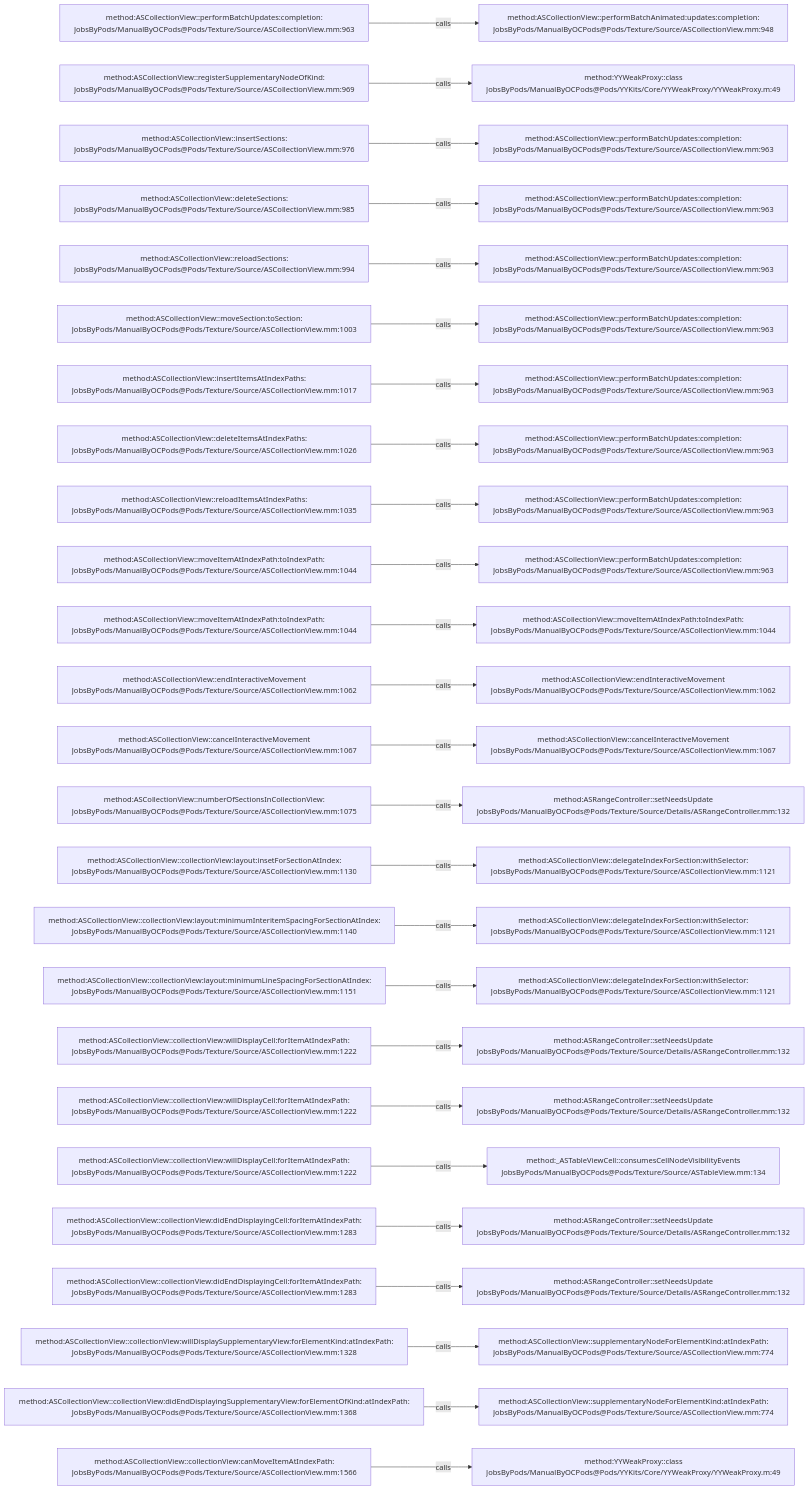
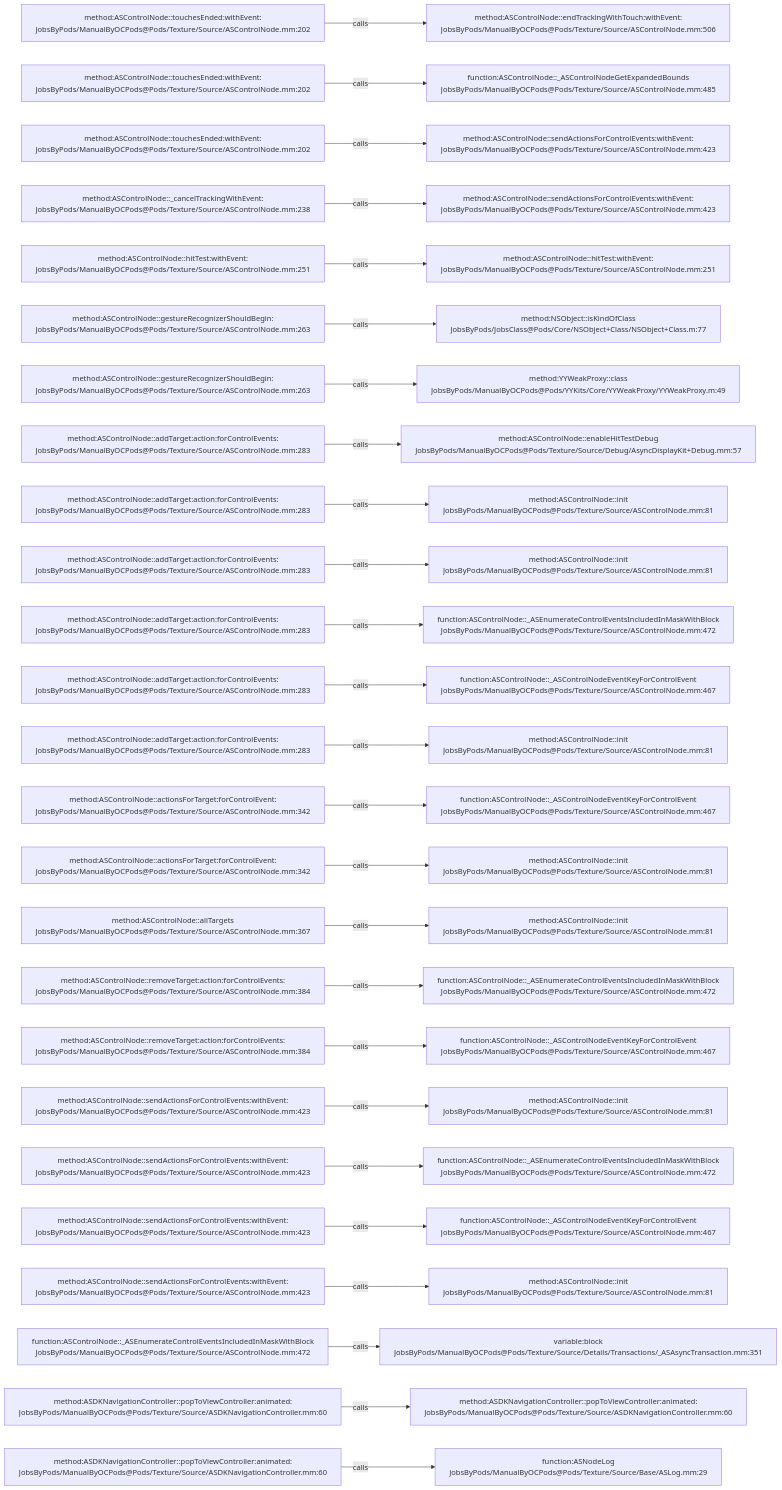
The diagram in .codegraph/codegraph.md/graphs/calls-079.md (JobsKits/JobsOCBaseConfigDemo), drawn with Mermaid before and after one commit. The commit also changed 1448 other files, not shown here.

````diff
--- a/.codegraph/codegraph.md/graphs/calls-079.md
+++ b/.codegraph/codegraph.md/graphs/calls-079.md
@@ -13,78 +13,78 @@
 ```mermaid
 flowchart LR
-  S1["method:ASCollectionView::performBatchUpdates:completion:<br/>JobsByPods/ManualByOCPods@Pods/Texture/Source/ASCollectionView.mm:963"]
-  T1["method:ASCollectionView::performBatchAnimated:updates:completion:<br/>JobsByPods/ManualByOCPods@Pods/Texture/Source/ASCollectionView.mm:948"]
+  S1["method:ASControlNode::touchesEnded:withEvent:<br/>JobsByPods/ManualByOCPods@Pods/Texture/Source/ASControlNode.mm:202"]
+  T1["method:ASControlNode::endTrackingWithTouch:withEvent:<br/>JobsByPods/ManualByOCPods@Pods/Texture/Source/ASControlNode.mm:506"]
   S1 -->|calls| T1
-  S2["method:ASCollectionView::registerSupplementaryNodeOfKind:<br/>JobsByPods/ManualByOCPods@Pods/Texture/Source/ASCollectionView.mm:969"]
-  T2["method:YYWeakProxy::class<br/>JobsByPods/ManualByOCPods@Pods/YYKits/Core/YYWeakProxy/YYWeakProxy.m:49"]
+  S2["method:ASControlNode::touchesEnded:withEvent:<br/>JobsByPods/ManualByOCPods@Pods/Texture/Source/ASControlNode.mm:202"]
+  T2["function:ASControlNode::_ASControlNodeGetExpandedBounds<br/>JobsByPods/ManualByOCPods@Pods/Texture/Source/ASControlNode.mm:485"]
   S2 -->|calls| T2
-  S3["method:ASCollectionView::insertSections:<br/>JobsByPods/ManualByOCPods@Pods/Texture/Source/ASCollectionView.mm:976"]
-  T3["method:ASCollectionView::performBatchUpdates:completion:<br/>JobsByPods/ManualByOCPods@Pods/Texture/Source/ASCollectionView.mm:963"]
+  S3["method:ASControlNode::touchesEnded:withEvent:<br/>JobsByPods/ManualByOCPods@Pods/Texture/Source/ASControlNode.mm:202"]
+  T3["method:ASControlNode::sendActionsForControlEvents:withEvent:<br/>JobsByPods/ManualByOCPods@Pods/Texture/Source/ASControlNode.mm:423"]
   S3 -->|calls| T3
-  S4["method:ASCollectionView::deleteSections:<br/>JobsByPods/ManualByOCPods@Pods/Texture/Source/ASCollectionView.mm:985"]
-  T4["method:ASCollectionView::performBatchUpdates:completion:<br/>JobsByPods/ManualByOCPods@Pods/Texture/Source/ASCollectionView.mm:963"]
+  S4["method:ASControlNode::_cancelTrackingWithEvent:<br/>JobsByPods/ManualByOCPods@Pods/Texture/Source/ASControlNode.mm:238"]
+  T4["method:ASControlNode::sendActionsForControlEvents:withEvent:<br/>JobsByPods/ManualByOCPods@Pods/Texture/Source/ASControlNode.mm:423"]
   S4 -->|calls| T4
-  S5["method:ASCollectionView::reloadSections:<br/>JobsByPods/ManualByOCPods@Pods/Texture/Source/ASCollectionView.mm:994"]
-  T5["method:ASCollectionView::performBatchUpdates:completion:<br/>JobsByPods/ManualByOCPods@Pods/Texture/Source/ASCollectionView.mm:963"]
+  S5["method:ASControlNode::hitTest:withEvent:<br/>JobsByPods/ManualByOCPods@Pods/Texture/Source/ASControlNode.mm:251"]
+  T5["method:ASControlNode::hitTest:withEvent:<br/>JobsByPods/ManualByOCPods@Pods/Texture/Source/ASControlNode.mm:251"]
   S5 -->|calls| T5
-  S6["method:ASCollectionView::moveSection:toSection:<br/>JobsByPods/ManualByOCPods@Pods/Texture/Source/ASCollectionView.mm:1003"]
-  T6["method:ASCollectionView::performBatchUpdates:completion:<br/>JobsByPods/ManualByOCPods@Pods/Texture/Source/ASCollectionView.mm:963"]
+  S6["method:ASControlNode::gestureRecognizerShouldBegin:<br/>JobsByPods/ManualByOCPods@Pods/Texture/Source/ASControlNode.mm:263"]
+  T6["method:NSObject::isKindOfClass<br/>JobsByPods/JobsClass@Pods/Core/NSObject+Class/NSObject+Class.m:77"]
   S6 -->|calls| T6
-  S7["method:ASCollectionView::insertItemsAtIndexPaths:<br/>JobsByPods/ManualByOCPods@Pods/Texture/Source/ASCollectionView.mm:1017"]
-  T7["method:ASCollectionView::performBatchUpdates:completion:<br/>JobsByPods/ManualByOCPods@Pods/Texture/Source/ASCollectionView.mm:963"]
+  S7["method:ASControlNode::gestureRecognizerShouldBegin:<br/>JobsByPods/ManualByOCPods@Pods/Texture/Source/ASControlNode.mm:263"]
+  T7["method:YYWeakProxy::class<br/>JobsByPods/ManualByOCPods@Pods/YYKits/Core/YYWeakProxy/YYWeakProxy.m:49"]
   S7 -->|calls| T7
-  S8["method:ASCollectionView::deleteItemsAtIndexPaths:<br/>JobsByPods/ManualByOCPods@Pods/Texture/Source/ASCollectionView.mm:1026"]
-  T8["method:ASCollectionView::performBatchUpdates:completion:<br/>JobsByPods/ManualByOCPods@Pods/Texture/Source/ASCollectionView.mm:963"]
+  S8["method:ASControlNode::addTarget:action:forControlEvents:<br/>JobsByPods/ManualByOCPods@Pods/Texture/Source/ASControlNode.mm:283"]
+  T8["method:ASControlNode::enableHitTestDebug<br/>JobsByPods/ManualByOCPods@Pods/Texture/Source/Debug/AsyncDisplayKit+Debug.mm:57"]
   S8 -->|calls| T8
-  S9["method:ASCollectionView::reloadItemsAtIndexPaths:<br/>JobsByPods/ManualByOCPods@Pods/Texture/Source/ASCollectionView.mm:1035"]
-  T9["method:ASCollectionView::performBatchUpdates:completion:<br/>JobsByPods/ManualByOCPods@Pods/Texture/Source/ASCollectionView.mm:963"]
+  S9["method:ASControlNode::addTarget:action:forControlEvents:<br/>JobsByPods/ManualByOCPods@Pods/Texture/Source/ASControlNode.mm:283"]
+  T9["method:ASControlNode::init<br/>JobsByPods/ManualByOCPods@Pods/Texture/Source/ASControlNode.mm:81"]
   S9 -->|calls| T9
-  S10["method:ASCollectionView::moveItemAtIndexPath:toIndexPath:<br/>JobsByPods/ManualByOCPods@Pods/Texture/Source/ASCollectionView.mm:1044"]
-  T10["method:ASCollectionView::performBatchUpdates:completion:<br/>JobsByPods/ManualByOCPods@Pods/Texture/Source/ASCollectionView.mm:963"]
+  S10["method:ASControlNode::addTarget:action:forControlEvents:<br/>JobsByPods/ManualByOCPods@Pods/Texture/Source/ASControlNode.mm:283"]
+  T10["method:ASControlNode::init<br/>JobsByPods/ManualByOCPods@Pods/Texture/Source/ASControlNode.mm:81"]
   S10 -->|calls| T10
-  S11["method:ASCollectionView::moveItemAtIndexPath:toIndexPath:<br/>JobsByPods/ManualByOCPods@Pods/Texture/Source/ASCollectionView.mm:1044"]
-  T11["method:ASCollectionView::moveItemAtIndexPath:toIndexPath:<br/>JobsByPods/ManualByOCPods@Pods/Texture/Source/ASCollectionView.mm:1044"]
+  S11["method:ASControlNode::addTarget:action:forControlEvents:<br/>JobsByPods/ManualByOCPods@Pods/Texture/Source/ASControlNode.mm:283"]
+  T11["function:ASControlNode::_ASEnumerateControlEventsIncludedInMaskWithBlock<br/>JobsByPods/ManualByOCPods@Pods/Texture/Source/ASControlNode.mm:472"]
   S11 -->|calls| T11
-  S12["method:ASCollectionView::endInteractiveMovement<br/>JobsByPods/ManualByOCPods@Pods/Texture/Source/ASCollectionView.mm:1062"]
-  T12["method:ASCollectionView::endInteractiveMovement<br/>JobsByPods/ManualByOCPods@Pods/Texture/Source/ASCollectionView.mm:1062"]
+  S12["method:ASControlNode::addTarget:action:forControlEvents:<br/>JobsByPods/ManualByOCPods@Pods/Texture/Source/ASControlNode.mm:283"]
+  T12["function:ASControlNode::_ASControlNodeEventKeyForControlEvent<br/>JobsByPods/ManualByOCPods@Pods/Texture/Source/ASControlNode.mm:467"]
   S12 -->|calls| T12
-  S13["method:ASCollectionView::cancelInteractiveMovement<br/>JobsByPods/ManualByOCPods@Pods/Texture/Source/ASCollectionView.mm:1067"]
-  T13["method:ASCollectionView::cancelInteractiveMovement<br/>JobsByPods/ManualByOCPods@Pods/Texture/Source/ASCollectionView.mm:1067"]
+  S13["method:ASControlNode::addTarget:action:forControlEvents:<br/>JobsByPods/ManualByOCPods@Pods/Texture/Source/ASControlNode.mm:283"]
+  T13["method:ASControlNode::init<br/>JobsByPods/ManualByOCPods@Pods/Texture/Source/ASControlNode.mm:81"]
   S13 -->|calls| T13
-  S14["method:ASCollectionView::numberOfSectionsInCollectionView:<br/>JobsByPods/ManualByOCPods@Pods/Texture/Source/ASCollectionView.mm:1075"]
-  T14["method:ASRangeController::setNeedsUpdate<br/>JobsByPods/ManualByOCPods@Pods/Texture/Source/Details/ASRangeController.mm:132"]
+  S14["method:ASControlNode::actionsForTarget:forControlEvent:<br/>JobsByPods/ManualByOCPods@Pods/Texture/Source/ASControlNode.mm:342"]
+  T14["function:ASControlNode::_ASControlNodeEventKeyForControlEvent<br/>JobsByPods/ManualByOCPods@Pods/Texture/Source/ASControlNode.mm:467"]
   S14 -->|calls| T14
-  S15["method:ASCollectionView::collectionView:layout:insetForSectionAtIndex:<br/>JobsByPods/ManualByOCPods@Pods/Texture/Source/ASCollectionView.mm:1130"]
-  T15["method:ASCollectionView::delegateIndexForSection:withSelector:<br/>JobsByPods/ManualByOCPods@Pods/Texture/Source/ASCollectionView.mm:1121"]
+  S15["method:ASControlNode::actionsForTarget:forControlEvent:<br/>JobsByPods/ManualByOCPods@Pods/Texture/Source/ASControlNode.mm:342"]
+  T15["method:ASControlNode::init<br/>JobsByPods/ManualByOCPods@Pods/Texture/Source/ASControlNode.mm:81"]
   S15 -->|calls| T15
-  S16["method:ASCollectionView::collectionView:layout:minimumInteritemSpacingForSectionAtIndex:<br/>JobsByPods/ManualByOCPods@Pods/Texture/Source/ASCollectionView.mm:1140"]
-  T16["method:ASCollectionView::delegateIndexForSection:withSelector:<br/>JobsByPods/ManualByOCPods@Pods/Texture/Source/ASCollectionView.mm:1121"]
+  S16["method:ASControlNode::allTargets<br/>JobsByPods/ManualByOCPods@Pods/Texture/Source/ASControlNode.mm:367"]
+  T16["method:ASControlNode::init<br/>JobsByPods/ManualByOCPods@Pods/Texture/Source/ASControlNode.mm:81"]
   S16 -->|calls| T16
-  S17["method:ASCollectionView::collectionView:layout:minimumLineSpacingForSectionAtIndex:<br/>JobsByPods/ManualByOCPods@Pods/Texture/Source/ASCollectionView.mm:1151"]
-  T17["method:ASCollectionView::delegateIndexForSection:withSelector:<br/>JobsByPods/ManualByOCPods@Pods/Texture/Source/ASCollectionView.mm:1121"]
+  S17["method:ASControlNode::removeTarget:action:forControlEvents:<br/>JobsByPods/ManualByOCPods@Pods/Texture/Source/ASControlNode.mm:384"]
+  T17["function:ASControlNode::_ASEnumerateControlEventsIncludedInMaskWithBlock<br/>JobsByPods/ManualByOCPods@Pods/Texture/Source/ASControlNode.mm:472"]
   S17 -->|calls| T17
-  S18["method:ASCollectionView::collectionView:willDisplayCell:forItemAtIndexPath:<br/>JobsByPods/ManualByOCPods@Pods/Texture/Source/ASCollectionView.mm:1222"]
-  T18["method:ASRangeController::setNeedsUpdate<br/>JobsByPods/ManualByOCPods@Pods/Texture/Source/Details/ASRangeController.mm:132"]
+  S18["method:ASControlNode::removeTarget:action:forControlEvents:<br/>JobsByPods/ManualByOCPods@Pods/Texture/Source/ASControlNode.mm:384"]
+  T18["function:ASControlNode::_ASControlNodeEventKeyForControlEvent<br/>JobsByPods/ManualByOCPods@Pods/Texture/Source/ASControlNode.mm:467"]
   S18 -->|calls| T18
-  S19["method:ASCollectionView::collectionView:willDisplayCell:forItemAtIndexPath:<br/>JobsByPods/ManualByOCPods@Pods/Texture/Source/ASCollectionView.mm:1222"]
-  T19["method:ASRangeController::setNeedsUpdate<br/>JobsByPods/ManualByOCPods@Pods/Texture/Source/Details/ASRangeController.mm:132"]
+  S19["method:ASControlNode::sendActionsForControlEvents:withEvent:<br/>JobsByPods/ManualByOCPods@Pods/Texture/Source/ASControlNode.mm:423"]
+  T19["method:ASControlNode::init<br/>JobsByPods/ManualByOCPods@Pods/Texture/Source/ASControlNode.mm:81"]
   S19 -->|calls| T19
-  S20["method:ASCollectionView::collectionView:willDisplayCell:forItemAtIndexPath:<br/>JobsByPods/ManualByOCPods@Pods/Texture/Source/ASCollectionView.mm:1222"]
-  T20["method:_ASTableViewCell::consumesCellNodeVisibilityEvents<br/>JobsByPods/ManualByOCPods@Pods/Texture/Source/ASTableView.mm:134"]
+  S20["method:ASControlNode::sendActionsForControlEvents:withEvent:<br/>JobsByPods/ManualByOCPods@Pods/Texture/Source/ASControlNode.mm:423"]
+  T20["function:ASControlNode::_ASEnumerateControlEventsIncludedInMaskWithBlock<br/>JobsByPods/ManualByOCPods@Pods/Texture/Source/ASControlNode.mm:472"]
   S20 -->|calls| T20
-  S21["method:ASCollectionView::collectionView:didEndDisplayingCell:forItemAtIndexPath:<br/>JobsByPods/ManualByOCPods@Pods/Texture/Source/ASCollectionView.mm:1283"]
-  T21["method:ASRangeController::setNeedsUpdate<br/>JobsByPods/ManualByOCPods@Pods/Texture/Source/Details/ASRangeController.mm:132"]
+  S21["method:ASControlNode::sendActionsForControlEvents:withEvent:<br/>JobsByPods/ManualByOCPods@Pods/Texture/Source/ASControlNode.mm:423"]
+  T21["function:ASControlNode::_ASControlNodeEventKeyForControlEvent<br/>JobsByPods/ManualByOCPods@Pods/Texture/Source/ASControlNode.mm:467"]
   S21 -->|calls| T21
-  S22["method:ASCollectionView::collectionView:didEndDisplayingCell:forItemAtIndexPath:<br/>JobsByPods/ManualByOCPods@Pods/Texture/Source/ASCollectionView.mm:1283"]
-  T22["method:ASRangeController::setNeedsUpdate<br/>JobsByPods/ManualByOCPods@Pods/Texture/Source/Details/ASRangeController.mm:132"]
+  S22["method:ASControlNode::sendActionsForControlEvents:withEvent:<br/>JobsByPods/ManualByOCPods@Pods/Texture/Source/ASControlNode.mm:423"]
+  T22["method:ASControlNode::init<br/>JobsByPods/ManualByOCPods@Pods/Texture/Source/ASControlNode.mm:81"]
   S22 -->|calls| T22
-  S23["method:ASCollectionView::collectionView:willDisplaySupplementaryView:forElementKind:atIndexPath:<br/>JobsByPods/ManualByOCPods@Pods/Texture/Source/ASCollectionView.mm:1328"]
-  T23["method:ASCollectionView::supplementaryNodeForElementKind:atIndexPath:<br/>JobsByPods/ManualByOCPods@Pods/Texture/Source/ASCollectionView.mm:774"]
+  S23["function:ASControlNode::_ASEnumerateControlEventsIncludedInMaskWithBlock<br/>JobsByPods/ManualByOCPods@Pods/Texture/Source/ASControlNode.mm:472"]
+  T23["variable:block<br/>JobsByPods/ManualByOCPods@Pods/Texture/Source/Details/Transactions/_ASAsyncTransaction.mm:351"]
   S23 -->|calls| T23
-  S24["method:ASCollectionView::collectionView:didEndDisplayingSupplementaryView:forElementOfKind:atIndexPath:<br/>JobsByPods/ManualByOCPods@Pods/Texture/Source/ASCollectionView.mm:1368"]
-  T24["method:ASCollectionView::supplementaryNodeForElementKind:atIndexPath:<br/>JobsByPods/ManualByOCPods@Pods/Texture/Source/ASCollectionView.mm:774"]
+  S24["method:ASDKNavigationController::popToViewController:animated:<br/>JobsByPods/ManualByOCPods@Pods/Texture/Source/ASDKNavigationController.mm:60"]
+  T24["method:ASDKNavigationController::popToViewController:animated:<br/>JobsByPods/ManualByOCPods@Pods/Texture/Source/ASDKNavigationController.mm:60"]
   S24 -->|calls| T24
-  S25["method:ASCollectionView::collectionView:canMoveItemAtIndexPath:<br/>JobsByPods/ManualByOCPods@Pods/Texture/Source/ASCollectionView.mm:1566"]
-  T25["method:YYWeakProxy::class<br/>JobsByPods/ManualByOCPods@Pods/YYKits/Core/YYWeakProxy/YYWeakProxy.m:49"]
+  S25["method:ASDKNavigationController::popToViewController:animated:<br/>JobsByPods/ManualByOCPods@Pods/Texture/Source/ASDKNavigationController.mm:60"]
+  T25["function:ASNodeLog<br/>JobsByPods/ManualByOCPods@Pods/Texture/Source/Base/ASLog.mm:29"]
   S25 -->|calls| T25
 ```
````
